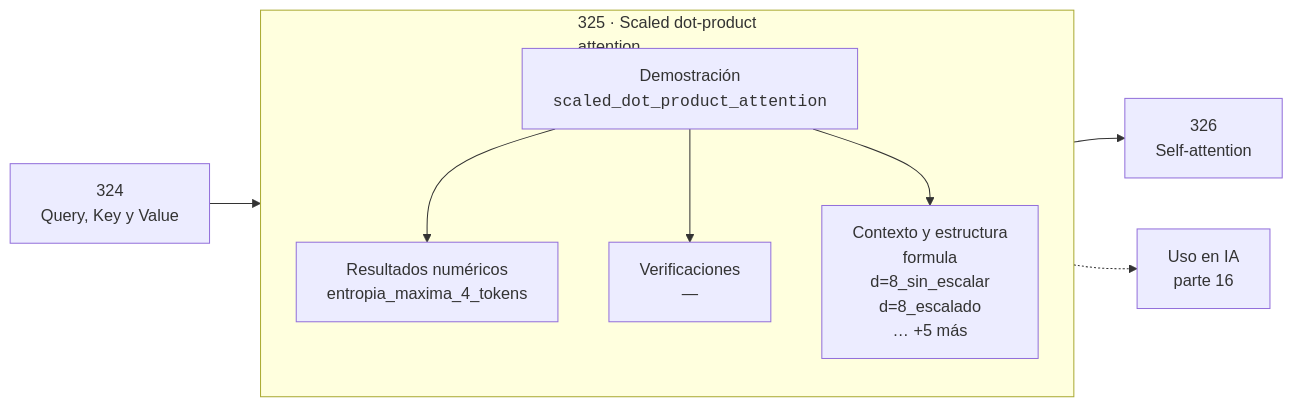
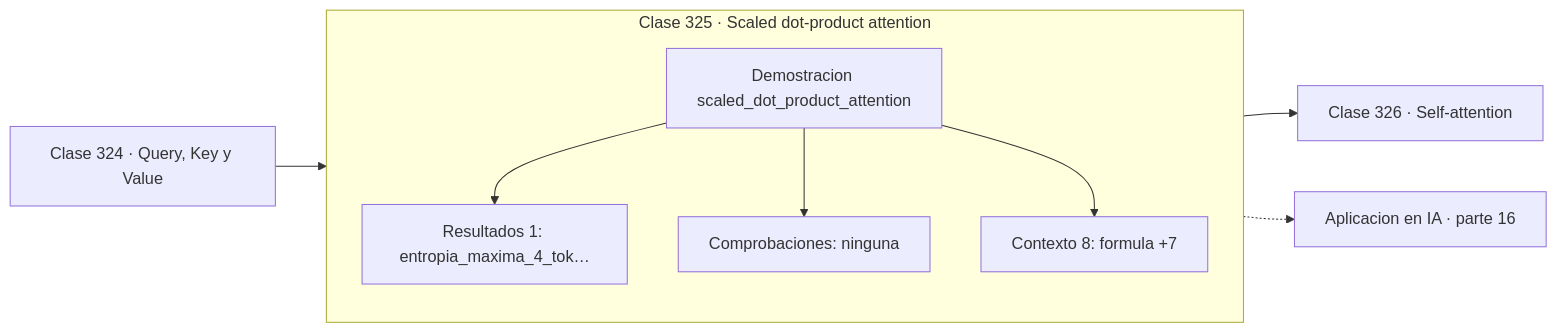
One commit to vladimiracunadev-create/computational-mathematics-program changed the diagram in classes/part-16-matematica-de-transformers-modelos-generativos-grafos-y-rl/325-scaled-dot-product-attention/README.md. Above: the diagram before and after it, drawn with Mermaid. The commit also changed 389 other files, not shown here.

First line of the commit message:
fix(diagramas): elimina el HTML de las etiquetas Mermaid

````diff
--- a/classes/part-16-matematica-de-transformers-modelos-generativos-grafos-y-rl/325-scaled-dot-product-attention/README.md
+++ b/classes/part-16-matematica-de-transformers-modelos-generativos-grafos-y-rl/325-scaled-dot-product-attention/README.md
@@ -30,12 +30,13 @@
 ```mermaid
 flowchart LR
-    P["324<br/>Query, Key y Value"] --> C
-    subgraph C["325 · Scaled dot-product<br/>attention"]
+    P["Clase 324 · Query, Key y Value"] --> D
+    subgraph CLASE["Clase 325 · Scaled dot-product attention"]
         direction TB
-        D["Demostración<br/><code>scaled_dot_product_attention</code>"] --> R["Resultados numéricos<br/>entropia_maxima_4_tokens"]
-        D --> V["Verificaciones<br/>—"]
-        D --> O["Contexto y estructura<br/>formula<br/>d=8_sin_escalar<br/>d=8_escalado<br/>… +5 más"]
+        D["Demostracion scaled_dot_product_attention"]
+        D --> R["Resultados 1: entropia_maxima_4_tok…"]
+        D --> V["Comprobaciones: ninguna"]
+        D --> O["Contexto 8: formula +7"]
     end
-    C --> N["326<br/>Self-attention"]
-    C -.-> IA["Uso en IA<br/>parte 16"]
+    R --> N["Clase 326 · Self-attention"]
+    V -.-> IA["Aplicacion en IA · parte 16"]
 ```
````
